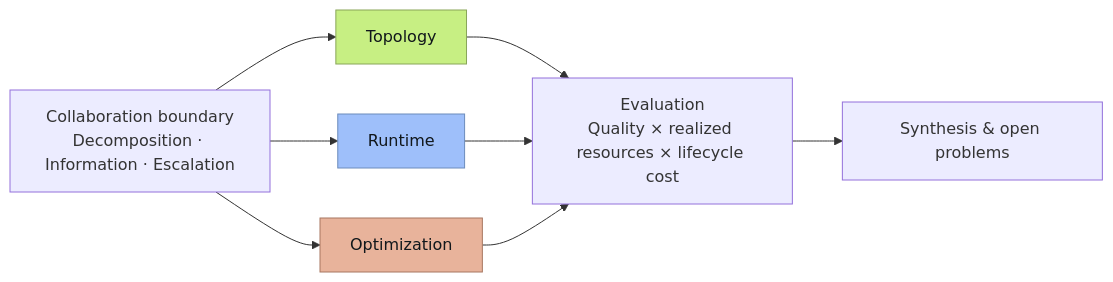
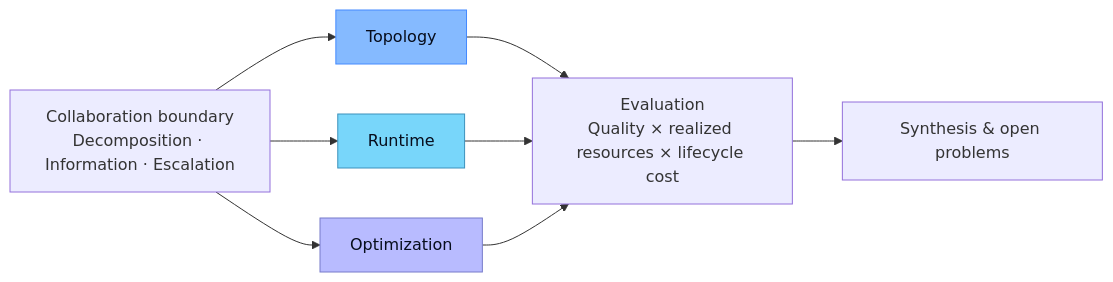
Before and after one commit to Lexiang-Xiong/Awesome-Efficient-MAS: the diagram in README.md, drawn with Mermaid. The commit also changed other lines of this file and 12 other files, not shown here.

Commit message:
Add blue interactive graph playground, figure atlas, and evidence lab

````diff
--- a/README.md
+++ b/README.md
@@ -31,13 +41,13 @@
 ```mermaid
 flowchart LR
   B["Collaboration boundary<br/>Decomposition · Information · Escalation"] --> T[Topology]
   B --> R[Runtime]
   B --> O[Optimization]
   T --> E["Evaluation<br/>Quality × realized resources × lifecycle cost"]
   R --> E
   O --> E
   E --> S["Synthesis & open problems"]
-  style T fill:#c7ef83,color:#11171b,stroke:#89a659
-  style R fill:#9ebffa,color:#11171b,stroke:#6c8cbc
-  style O fill:#e8b39b,color:#11171b,stroke:#a77761
+  style T fill:#85baff,color:#070d1c,stroke:#448aff
+  style R fill:#78d6fa,color:#070d1c,stroke:#3c91bc
+  style O fill:#b8bbff,color:#070d1c,stroke:#777bca
 ```
````
